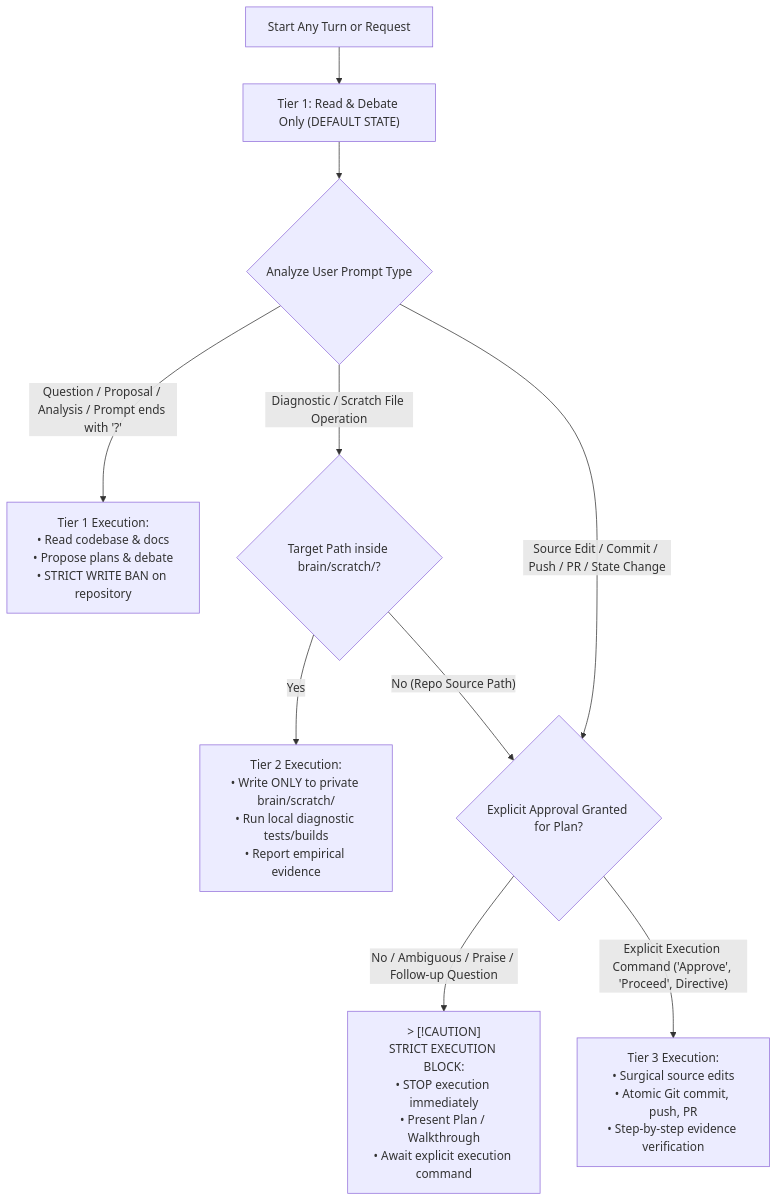
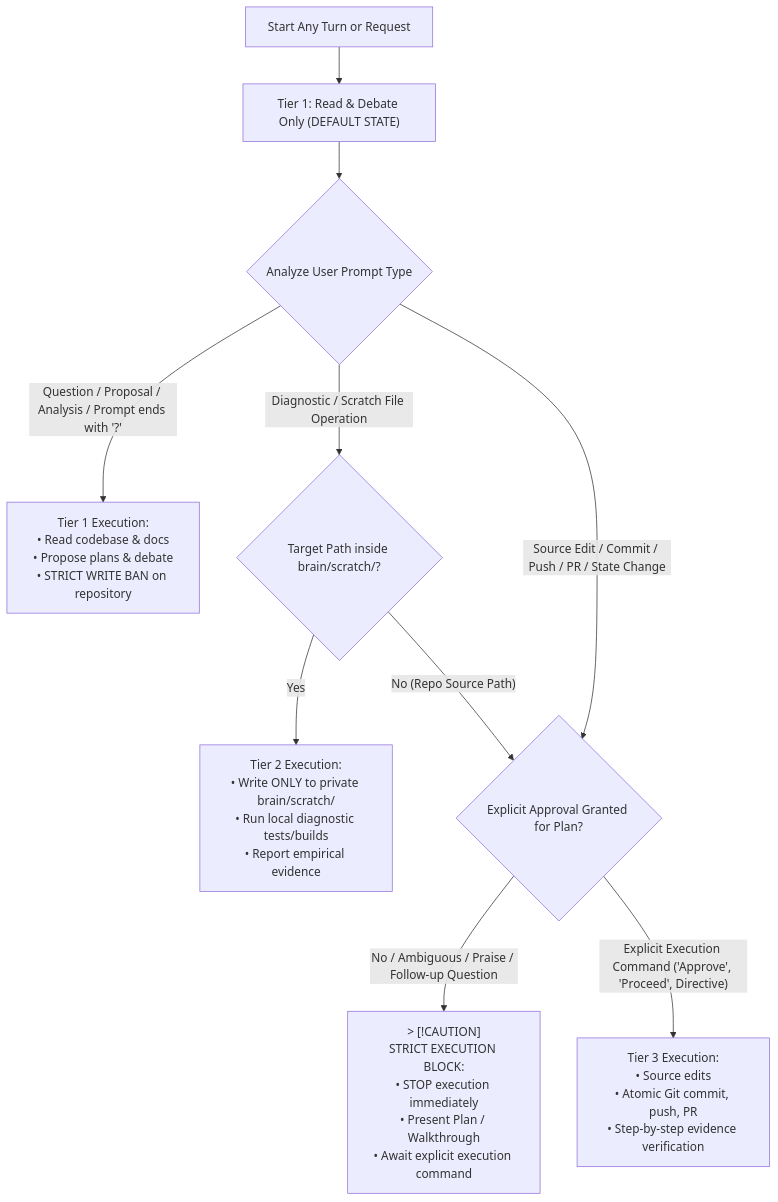
Before and after one commit to loerei/myskills: the second of 7 diagrams in AGENTS.md, drawn with Mermaid. The commit also changed other lines of this file, not shown here.

Commit message:
docs: remove buzzword surgical from Section 1 per write-for-ai rules

````diff
--- a/AGENTS.md
+++ b/AGENTS.md
@@ -16,18 +16,18 @@
 ```mermaid
 flowchart TD
     TurnStart["Start Any Turn or Request"] --> Tier1Default["Tier 1: Read & Debate Only (DEFAULT STATE)"]
     
     Tier1Default --> InputAnalysis{"Analyze User Prompt Type"}
     
     InputAnalysis -->|"Question / Proposal / Analysis / Prompt ends with '?'"| Tier1Exec["Tier 1 Execution:<br/>• Read codebase & docs<br/>• Propose plans & debate<br/>• STRICT WRITE BAN on repository"]
     
     InputAnalysis -->|"Diagnostic / Scratch File Operation"| PathCheck{"Target Path inside brain/scratch/?"}
     PathCheck -->|"Yes"| Tier2Exec["Tier 2 Execution:<br/>• Write ONLY to private brain/scratch/<br/>• Run local diagnostic tests/builds<br/>• Report empirical evidence"]
     PathCheck -->|"No (Repo Source Path)"| Tier3Gate
     
     InputAnalysis -->|"Source Edit / Commit / Push / PR / State Change"| Tier3Gate{"Explicit Approval Granted for Plan?"}
     
     Tier3Gate -->|"No / Ambiguous / Praise / Follow-up Question"| Tier3Block["> [!CAUTION]<br/>STRICT EXECUTION BLOCK:<br/>• STOP execution immediately<br/>• Present Plan / Walkthrough<br/>• Await explicit execution command"]
     
-    Tier3Gate -->|"Explicit Execution Command ('Approve', 'Proceed', Directive)"| Tier3Exec["Tier 3 Execution:<br/>• Surgical source edits<br/>• Atomic Git commit, push, PR<br/>• Step-by-step evidence verification"]
+    Tier3Gate -->|"Explicit Execution Command ('Approve', 'Proceed', Directive)"| Tier3Exec["Tier 3 Execution:<br/>• Source edits<br/>• Atomic Git commit, push, PR<br/>• Step-by-step evidence verification"]
 ```
````
